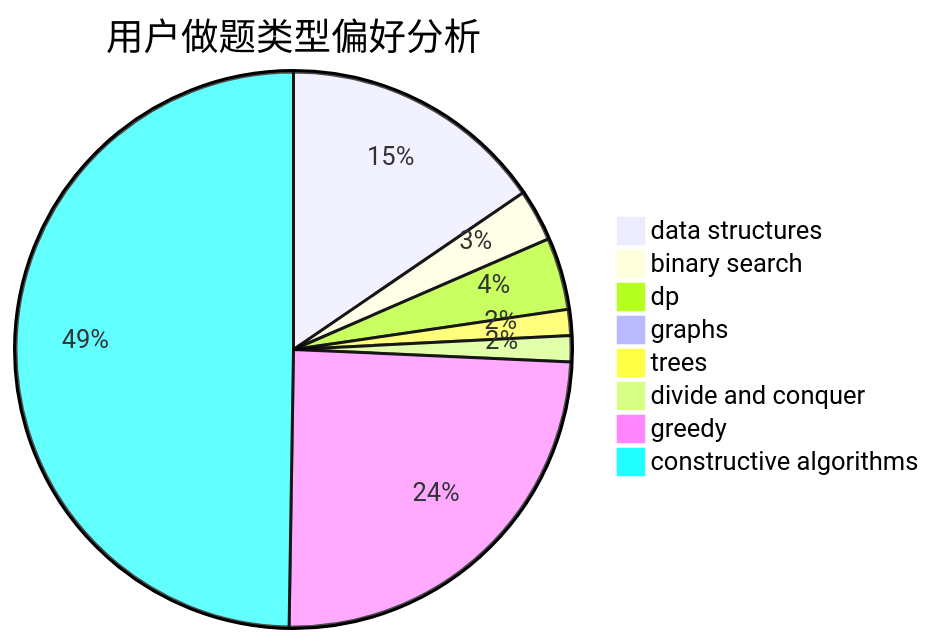
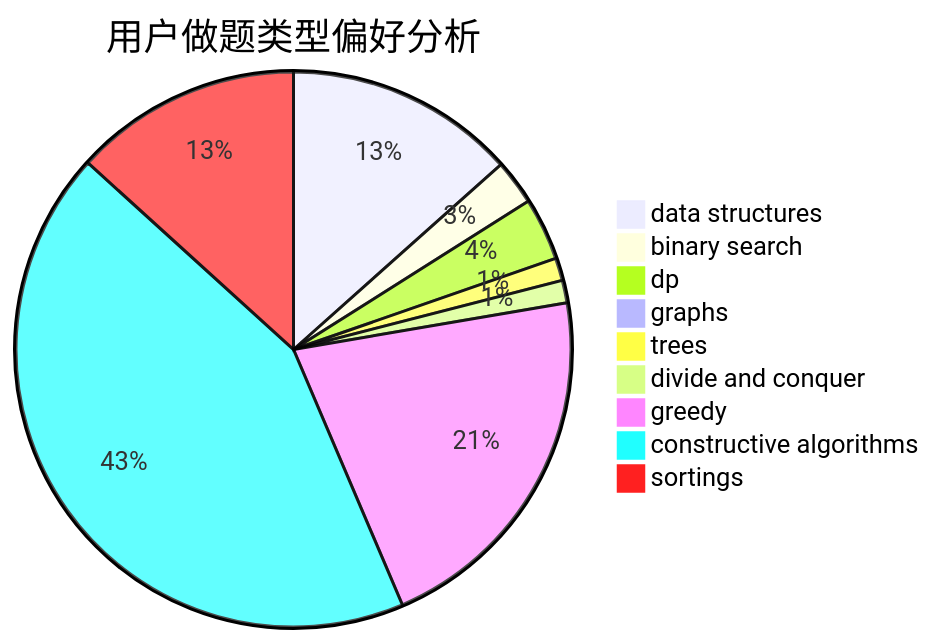
Before and after one commit to sherpahu/cfrs.github.io: the second of 3 diagrams in docs/user/u1248.md, drawn with Mermaid. The commit also changed other lines of this file and 2769 other files, not shown here.

````diff
--- a/docs/user/u1248.md
+++ b/docs/user/u1248.md
@@ -23,11 +18,12 @@
 ```mermaid
 pie title 用户做题类型偏好分析
     "data structures" :  92
     "binary search" :  18
     "dp" :  25
     "graphs" :  5
     "trees" :  9
     "divide and conquer" :  9
     "greedy" :  146
     "constructive algorithms" :  296
+    "sortings" :  91
 ```
````
